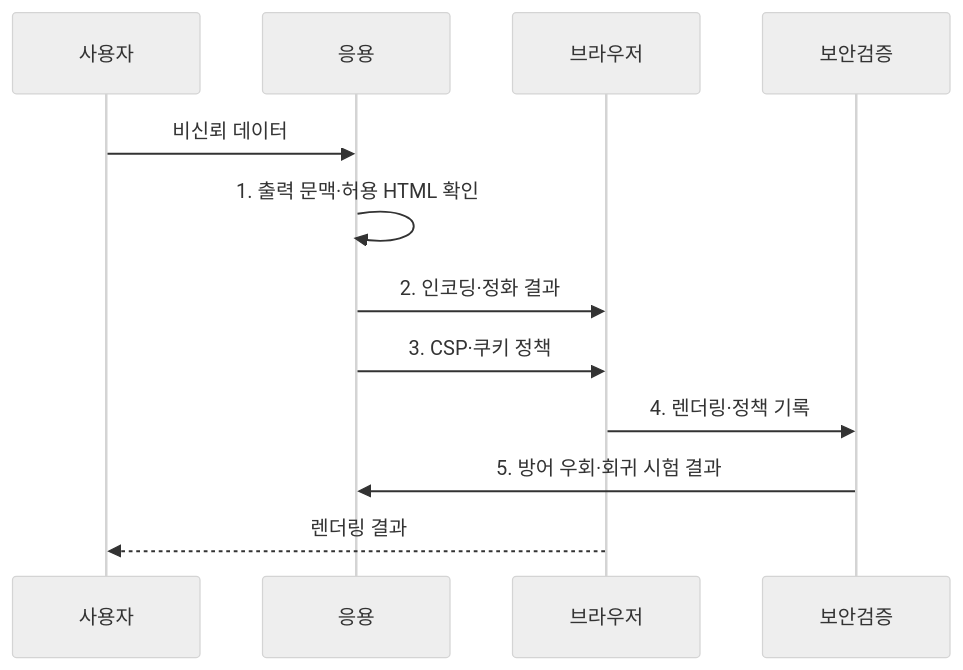
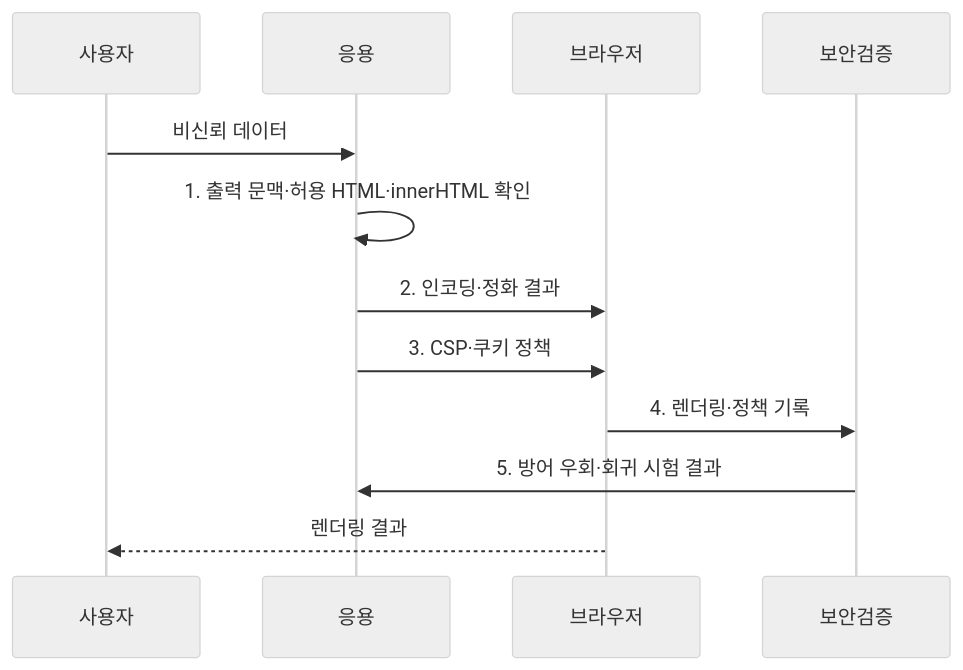
One commit to agnusdei1207/knowledge-base changed the second of 2 diagrams in src/content/docs/notes/05-security/047_xss.md. Above: the diagram before and after it, drawn with Mermaid (neutral theme). The commit also changed other lines of this file and 1 other file, not shown here.

````diff
--- a/src/content/docs/notes/05-security/047_xss.md
+++ b/src/content/docs/notes/05-security/047_xss.md
@@ -101,14 +102,14 @@
 ```mermaid
 sequenceDiagram
     participant 사용자
     participant 응용
     participant 브라우저
     participant 보안검증
     사용자->>응용: 비신뢰 데이터
-    응용->>응용: 1. 출력 문맥·허용 HTML 확인
+    응용->>응용: 1. 출력 문맥·허용 HTML·innerHTML 확인
     응용->>브라우저: 2. 인코딩·정화 결과
     응용->>브라우저: 3. CSP·쿠키 정책
     브라우저->>보안검증: 4. 렌더링·정책 기록
     보안검증->>응용: 5. 방어 우회·회귀 시험 결과
     브라우저-->>사용자: 렌더링 결과
 ```
````
